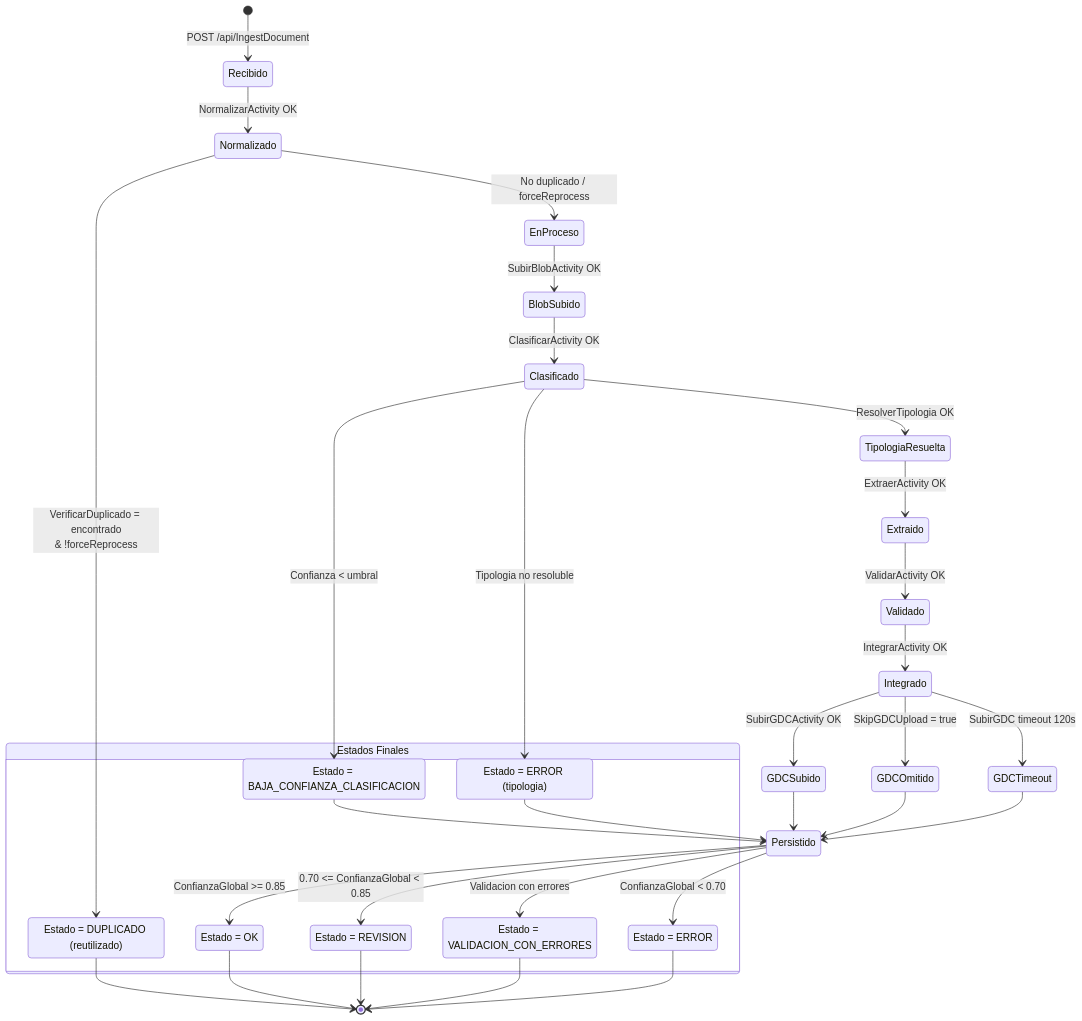
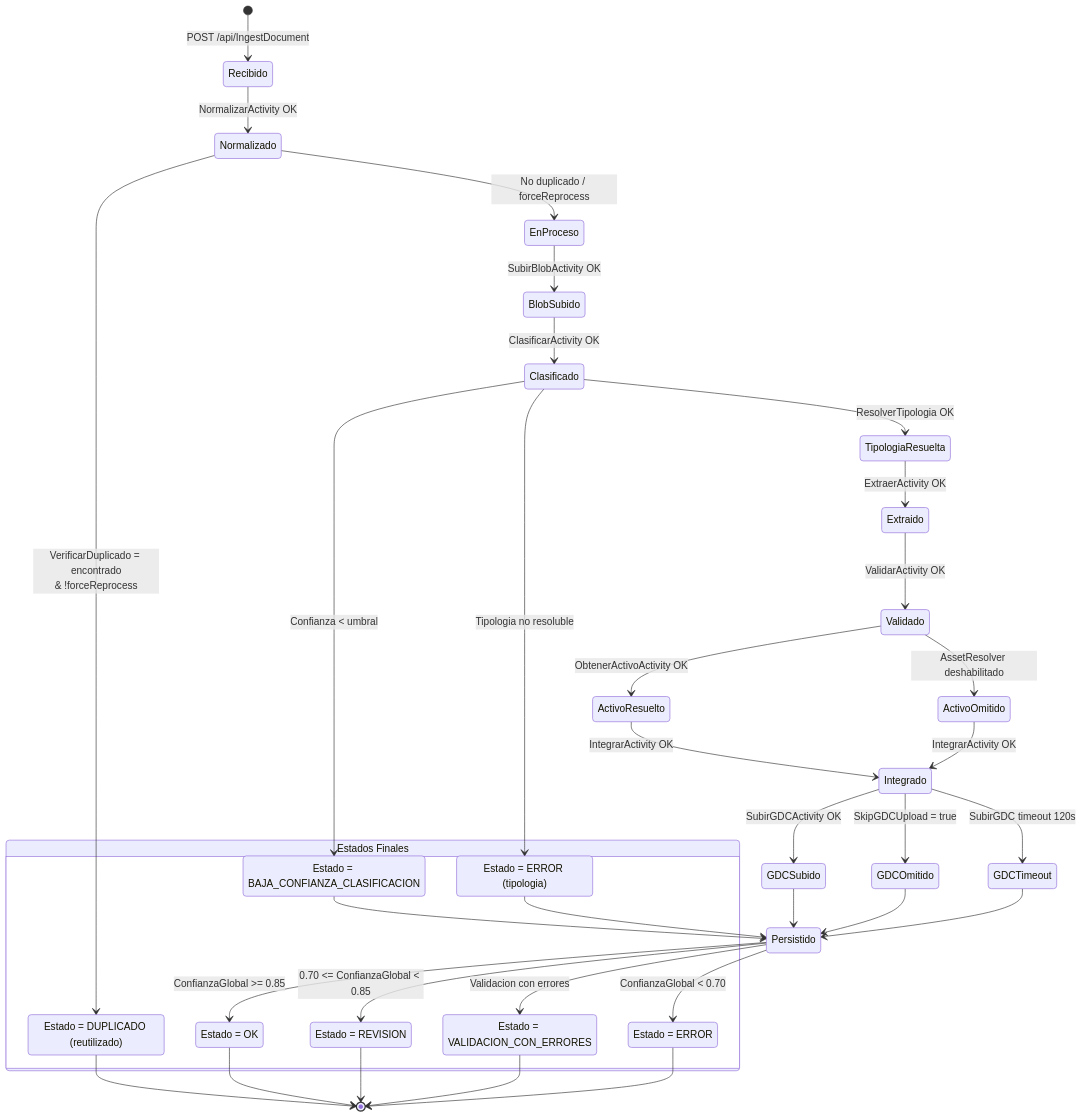
Before and after one commit to nvcrisologo02/AI-DocClassExt: diagram 11 of 11 in docs/03_DISENO_TECNICO_DETALLADO.md, drawn with Mermaid. The commit also changed other lines of this file and 36 other files, not shown here.

Commit message:
Feature, AssetResolver, actividad que conecta contra ODS y recupera informacion del activo en base a IDUFIR y /o referencia catastral, nuevo proyecto para plugin asset resolver, cambios en orquestador, tipologias, bbdd y proyecto de test

````diff
--- a/docs/03_DISENO_TECNICO_DETALLADO.md
+++ b/docs/03_DISENO_TECNICO_DETALLADO.md
@@ -901,50 +975,53 @@
 ```mermaid
 stateDiagram-v2
     [*] --> Recibido : POST /api/IngestDocument
 
     Recibido --> Normalizado : NormalizarActivity OK
 
     Normalizado --> Duplicado : VerificarDuplicado = encontrado<br/>& !forceReprocess
     Normalizado --> EnProceso : No duplicado / forceReprocess
 
     EnProceso --> BlobSubido : SubirBlobActivity OK
     BlobSubido --> Clasificado : ClasificarActivity OK
 
     Clasificado --> BajaConfianza : Confianza < umbral
     Clasificado --> TipologiaResuelta : ResolverTipologia OK
     Clasificado --> ErrorTipologia : Tipologia no resoluble
 
     TipologiaResuelta --> Extraido : ExtraerActivity OK
     Extraido --> Validado : ValidarActivity OK
-    Validado --> Integrado : IntegrarActivity OK
+    Validado --> ActivoResuelto : ObtenerActivoActivity OK
+    Validado --> ActivoOmitido : AssetResolver deshabilitado
+    ActivoResuelto --> Integrado : IntegrarActivity OK
+    ActivoOmitido --> Integrado : IntegrarActivity OK
     Integrado --> GDCSubido : SubirGDCActivity OK
     Integrado --> GDCOmitido : SkipGDCUpload = true
     Integrado --> GDCTimeout : SubirGDC timeout 120s
 
     GDCSubido --> Persistido
     GDCOmitido --> Persistido
     GDCTimeout --> Persistido
 
     Persistido --> OK : ConfianzaGlobal >= 0.85
     Persistido --> Revision : 0.70 <= ConfianzaGlobal < 0.85
     Persistido --> ValidacionConErrores : Validacion con errores
     Persistido --> ErrorEstado : ConfianzaGlobal < 0.70
 
     Duplicado --> [*]
     BajaConfianza --> Persistido
     ErrorTipologia --> Persistido
     OK --> [*]
     Revision --> [*]
     ValidacionConErrores --> [*]
     ErrorEstado --> [*]
 
     state "Estados Finales" as finals {
         OK : Estado = OK
         Revision : Estado = REVISION
         ValidacionConErrores : Estado = VALIDACION_CON_ERRORES
         BajaConfianza : Estado = BAJA_CONFIANZA_CLASIFICACION
         ErrorEstado : Estado = ERROR
         Duplicado : Estado = DUPLICADO (reutilizado)
         ErrorTipologia : Estado = ERROR (tipologia)
     }
 ```
````
